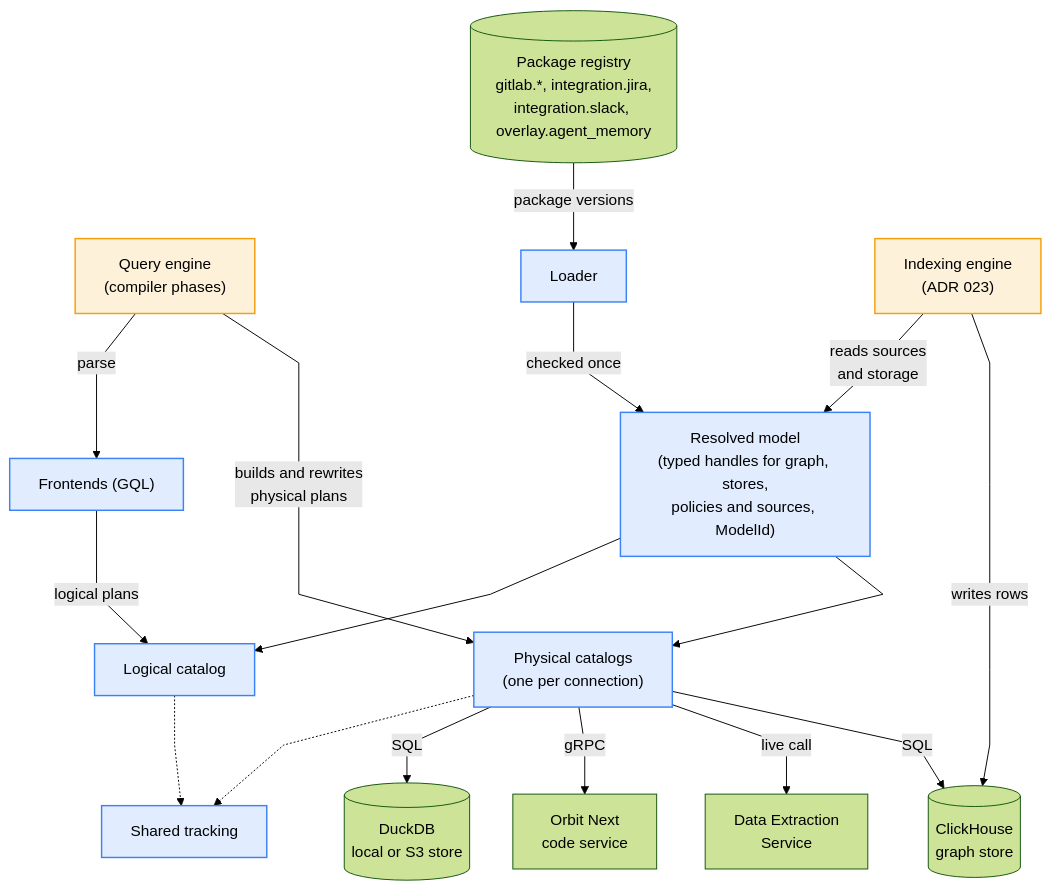
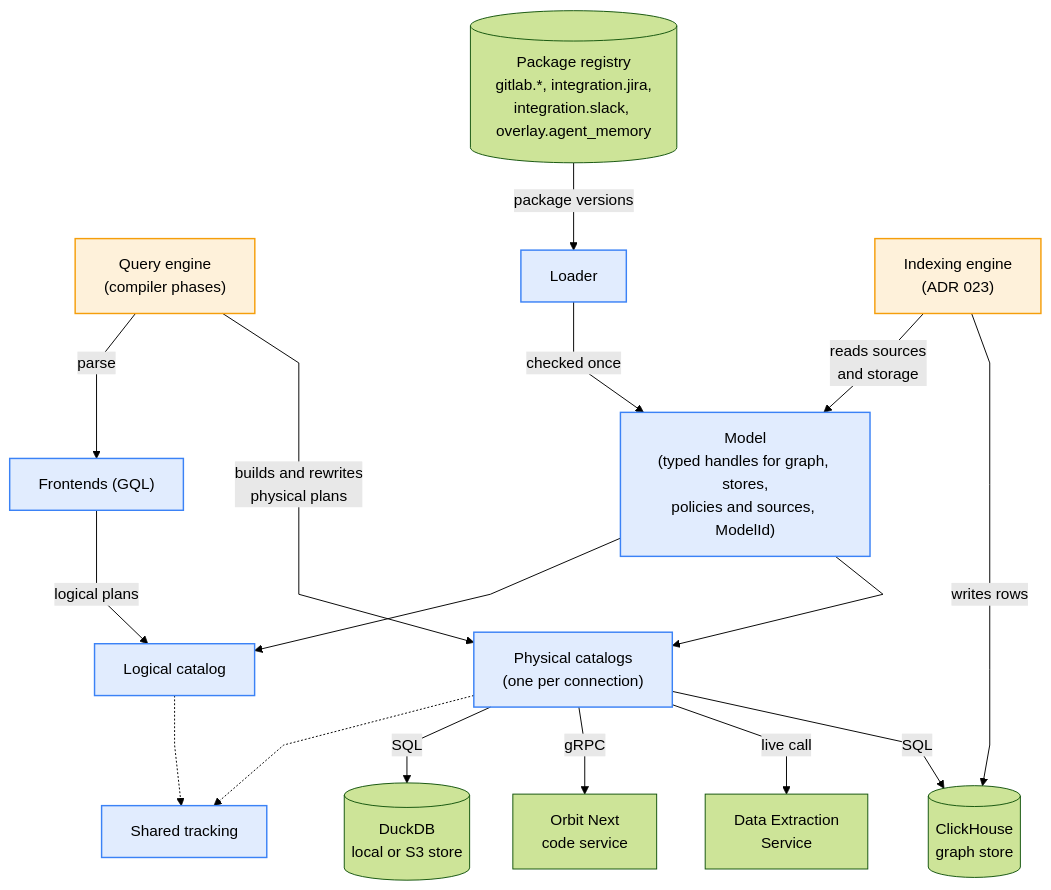
One commit to gitlabhq/orbit-knowledge-graph changed the first of 10 diagrams in docs/pages/engineering/adr/024_pluggable_data_model.md. Above: the diagram before and after it, drawn with Mermaid (forest theme). The commit also changed other lines of this file, not shown here.

First line of the commit message:
docs(adr): name the Model and its Id handles in ADR 024

````diff
--- a/docs/pages/engineering/adr/024_pluggable_data_model.md
+++ b/docs/pages/engineering/adr/024_pluggable_data_model.md
@@ -64,40 +64,40 @@
 ```mermaid
 %%{init: {"flowchart": {"curve": "linear", "nodeSpacing": 45, "rankSpacing": 55}}}%%
 flowchart TB
     accTitle: The data model in one picture
-    accDescr: The package registry feeds the loader, which checks packages once into the resolved model. The model exposes a logical catalog and one physical catalog per connection, both built on shared tracking. The query engine parses through the frontends and builds and rewrites physical plans through the catalogs, which send SQL, gRPC or live calls to the backends. The indexing engine reads sources and storage from the model and writes rows to ClickHouse.
+    accDescr: The package registry feeds the loader, which checks packages once into the model. The model exposes a logical catalog and one physical catalog per connection, both built on shared tracking. The query engine parses through the frontends and builds and rewrites physical plans through the catalogs, which send SQL, gRPC or live calls to the backends. The indexing engine reads sources and storage from the model and writes rows to ClickHouse.
     REG[("Package registry<br/>gitlab.*, integration.jira,<br/>integration.slack, overlay.agent_memory")]
     E["Query engine<br/>(compiler phases)"]
     L["Loader"]
     IX["Indexing engine<br/>(ADR 023)"]
     S["Frontends (GQL)"]
-    M["Resolved model<br/>(typed handles for graph, stores,<br/>policies and sources, ModelId)"]
+    M["Model<br/>(typed handles for graph, stores,<br/>policies and sources, ModelId)"]
     LC["Logical catalog"]
     PC["Physical catalogs<br/>(one per connection)"]
     T["Shared tracking"]
     DD[("DuckDB<br/>local or S3 store")]
     ON["Orbit Next<br/>code service"]
     DES["Data Extraction<br/>Service"]
     CH[("ClickHouse<br/>graph store")]
 
     REG -->|package versions| L
     L -->|checked once| M
     E -->|parse| S
     S -->|logical plans| LC
     M --> LC
     M --> PC
     E -->|builds and rewrites<br/>physical plans| PC
     IX -->|reads sources<br/>and storage| M
     LC -.-> T
     PC -.-> T
     PC -->|SQL| DD
     PC -->|gRPC| ON
     PC -->|live call| DES
     PC -->|SQL| CH
     IX -->|writes rows| CH
 
     classDef qdm fill:#3B82F626,stroke:#3B82F6,stroke-width:1.5px
     classDef engine fill:#F59E0B26,stroke:#F59E0B,stroke-width:1.5px
     class L,M,S,LC,PC,T qdm
     class E,IX engine
 ```
````
